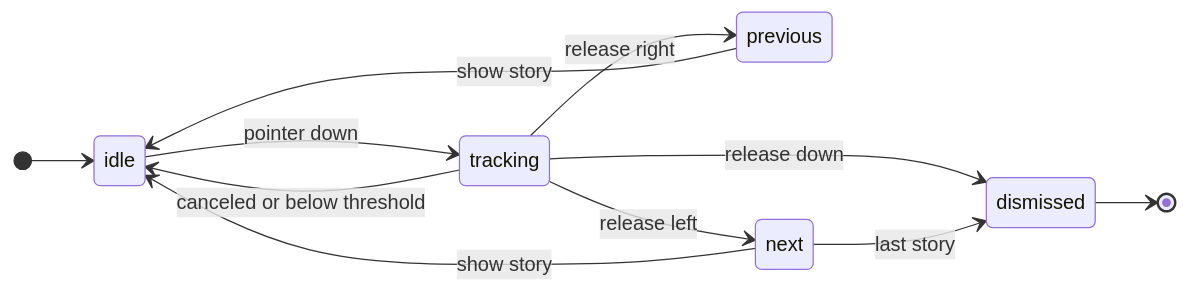
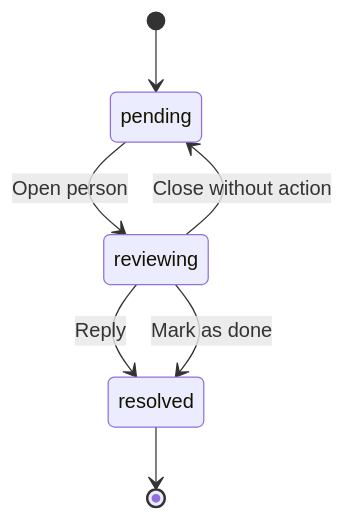
The second of 2 diagrams in README.md (quirq-ai/instants), drawn with Mermaid before and after one commit. The commit also changed other lines of this file and 47 other files, not shown here.

````diff
--- a/README.md
+++ b/README.md
@@ -85,14 +128,9 @@
 ```mermaid
 stateDiagram-v2
-    direction LR
-    [*] --> idle
-    idle --> tracking: pointer down
-    tracking --> idle: canceled or below threshold
-    tracking --> previous: release right
-    tracking --> next: release left
-    tracking --> dismissed: release down
-    previous --> idle: show story
-    next --> idle: show story
-    next --> dismissed: last story
-    dismissed --> [*]
+    [*] --> pending
+    pending --> reviewing: Open person
+    reviewing --> pending: Close without action
+    reviewing --> resolved: Reply
+    reviewing --> resolved: Mark as done
+    resolved --> [*]
 ```
````
